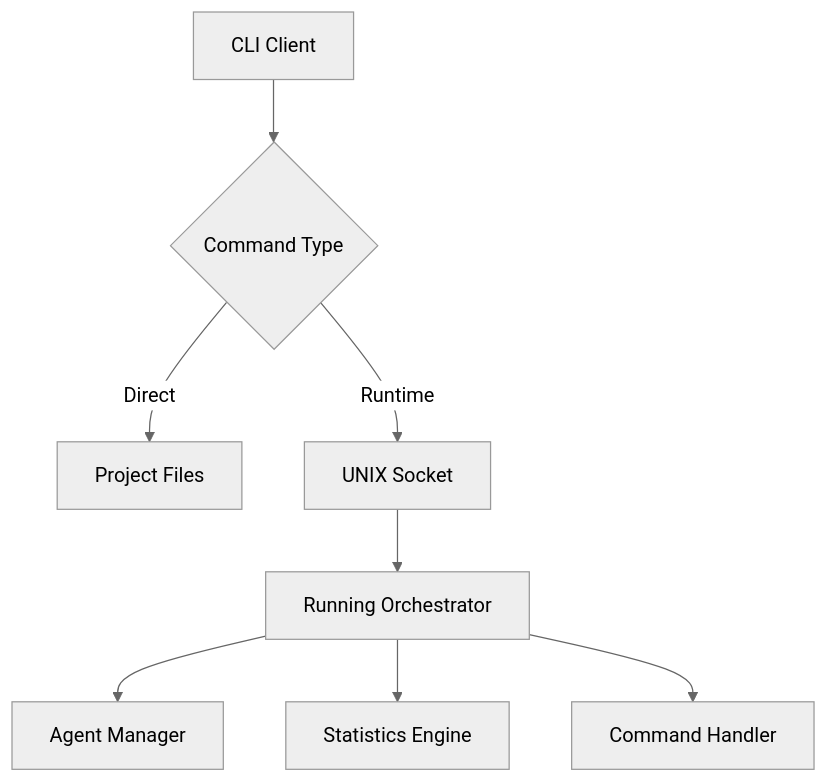
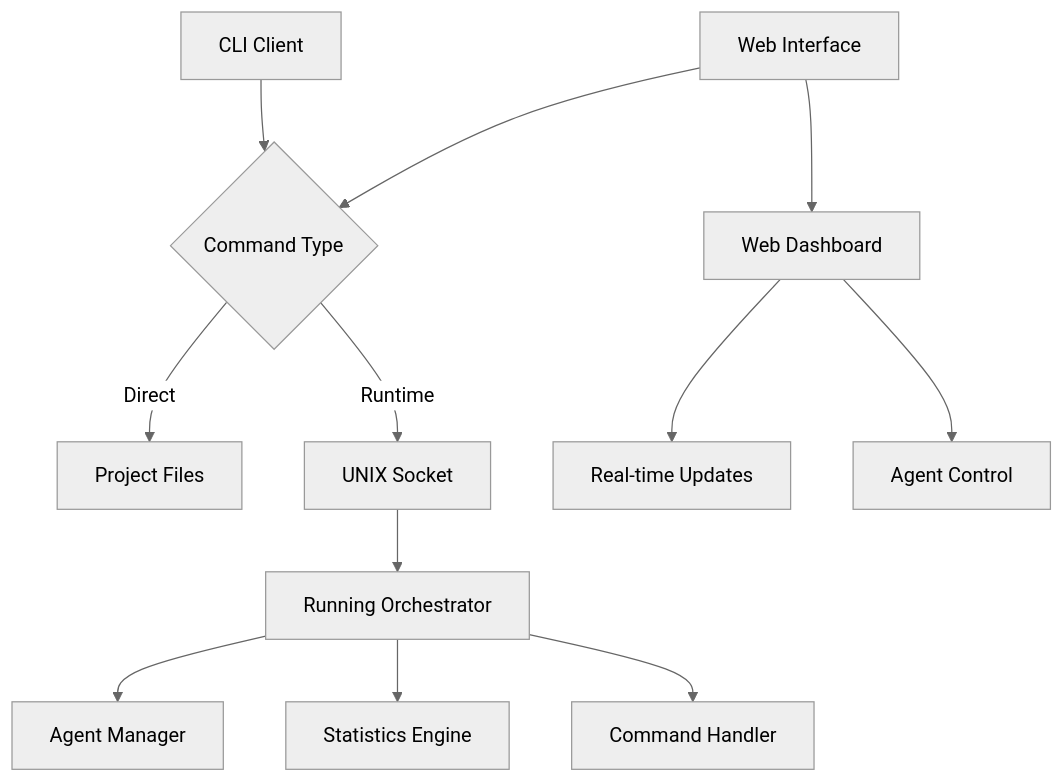
Before and after one commit to giulio333/PyOrchestrateDocumentation: the diagram in docs/cli/index.md, drawn with Mermaid (neutral theme). The commit also changed other lines of this file and 2 other files, not shown here.

First line of the commit message:
feat(cli): enhance CLI documentation and introduce web interface

````diff
--- a/docs/cli/index.md
+++ b/docs/cli/index.md
@@ -108,10 +126,14 @@
 ```mermaid
 graph TD
     A[CLI Client] --> B{Command Type}
+    A1[Web Interface] --> B
     B -->|Direct| C[Project Files]
     B -->|Runtime| D[UNIX Socket]
     D --> E[Running Orchestrator]
     E --> F[Agent Manager]
     E --> G[Statistics Engine]
     E --> H[Command Handler]
+    A1 --> I[Web Dashboard]
+    I --> J[Real-time Updates]
+    I --> K[Agent Control]
 ```
````
